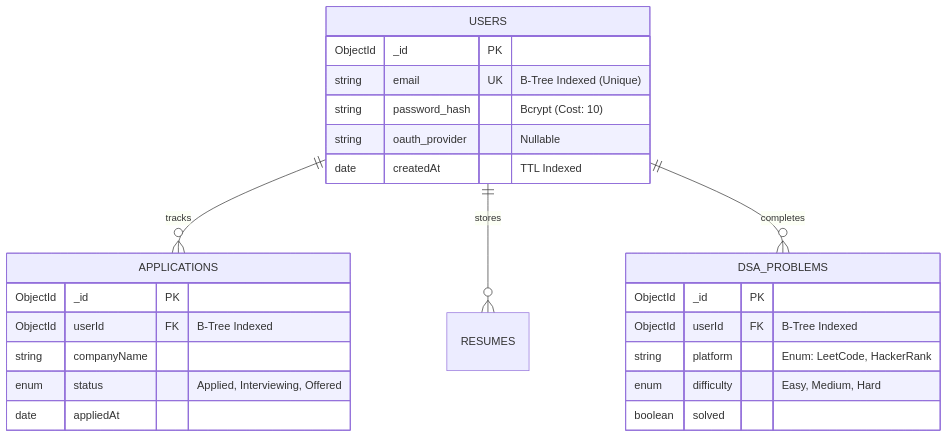
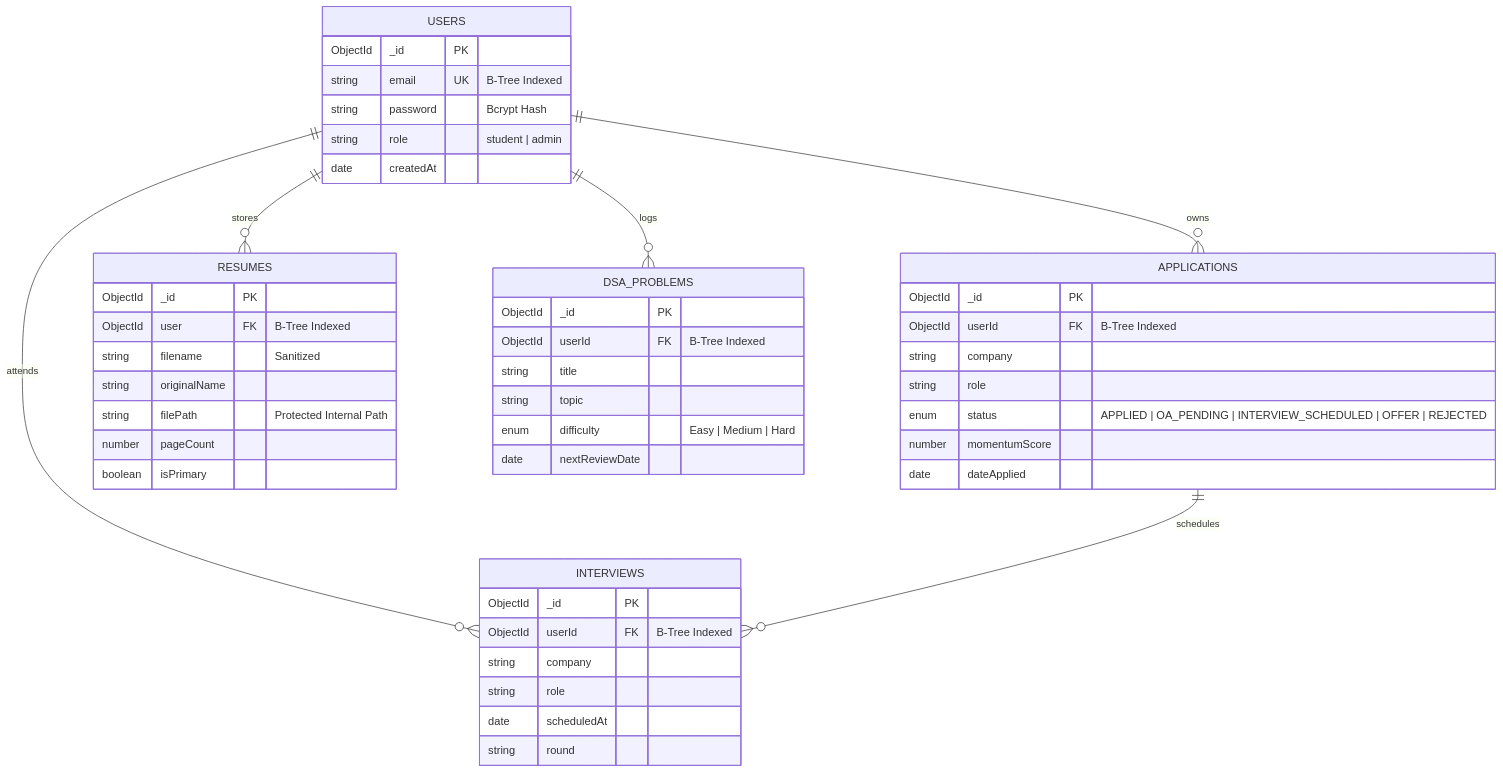
One commit to sandeep-kumar-270904/my-personal-tracking-system- changed the fifth of 5 diagrams in README.md. Above: the diagram before and after it, drawn with Mermaid. The commit also changed other lines of this file, not shown here.

````diff
--- a/README.md
+++ b/README.md
@@ -262,30 +217,54 @@
 ```mermaid
 erDiagram
-    USERS ||--o{ APPLICATIONS : tracks
+    USERS ||--o{ APPLICATIONS : owns
     USERS ||--o{ RESUMES : stores
-    USERS ||--o{ DSA_PROBLEMS : completes
+    USERS ||--o{ DSA_PROBLEMS : logs
+    USERS ||--o{ INTERVIEWS : attends
+    APPLICATIONS ||--o{ INTERVIEWS : schedules
 
     USERS {
         ObjectId _id PK
-        string email UK "B-Tree Indexed (Unique)"
-        string password_hash "Bcrypt (Cost: 10)"
-        string oauth_provider "Nullable"
-        date createdAt "TTL Indexed"
+        string email UK "B-Tree Indexed"
+        string password "Bcrypt Hash"
+        string role "student | admin"
+        date createdAt
     }
 
     APPLICATIONS {
         ObjectId _id PK
         ObjectId userId FK "B-Tree Indexed"
-        string companyName
-        enum status "Applied, Interviewing, Offered"
-        date appliedAt
+        string company
+        string role
+        enum status "APPLIED | OA_PENDING | INTERVIEW_SCHEDULED | OFFER | REJECTED"
+        number momentumScore
+        date dateApplied
+    }
+
+    RESUMES {
+        ObjectId _id PK
+        ObjectId user FK "B-Tree Indexed"
+        string filename "Sanitized"
+        string originalName
+        string filePath "Protected Internal Path"
+        number pageCount
+        boolean isPrimary
+    }
+
+    INTERVIEWS {
+        ObjectId _id PK
+        ObjectId userId FK "B-Tree Indexed"
+        string company
+        string role
+        date scheduledAt
+        string round
     }
 
     DSA_PROBLEMS {
         ObjectId _id PK
         ObjectId userId FK "B-Tree Indexed"
-        string platform "Enum: LeetCode, HackerRank"
-        enum difficulty "Easy, Medium, Hard"
-        boolean solved
+        string title
+        string topic
+        enum difficulty "Easy | Medium | Hard"
+        date nextReviewDate
     }
 ```
````
